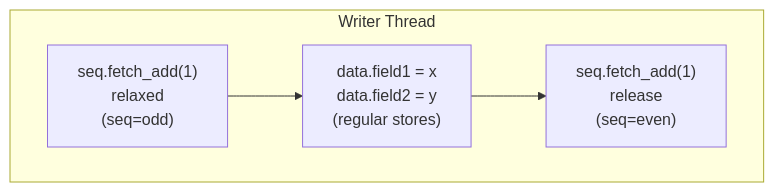
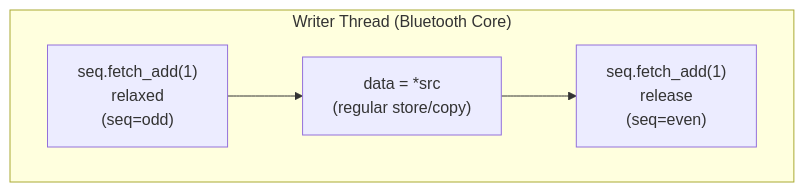
The third of 4 diagrams in wiki/8.3-synchronization-primitives.md (Jus-Be/orinayo-pico), drawn with Mermaid before and after one commit. The commit also changed other lines of this file and 42 other files, not shown here.

````diff
--- a/wiki/8.3-synchronization-primitives.md
+++ b/wiki/8.3-synchronization-primitives.md
@@ -199,15 +207,15 @@
 ```mermaid
 flowchart TD
 
 W1["seq.fetch_add(1)<br>relaxed<br>(seq=odd)"]
-W2["data.field1 = x<br>data.field2 = y<br>(regular stores)"]
+W2["data = *src<br>(regular store/copy)"]
 W3["seq.fetch_add(1)<br>release<br>(seq=even)"]
 
-subgraph subGraph0 ["Writer Thread"]
+subgraph subGraph0 ["Writer Thread (Bluetooth Core)"]
     W1
     W2
     W3
     W1 --> W2
     W2 --> W3
 end
 ```
````
